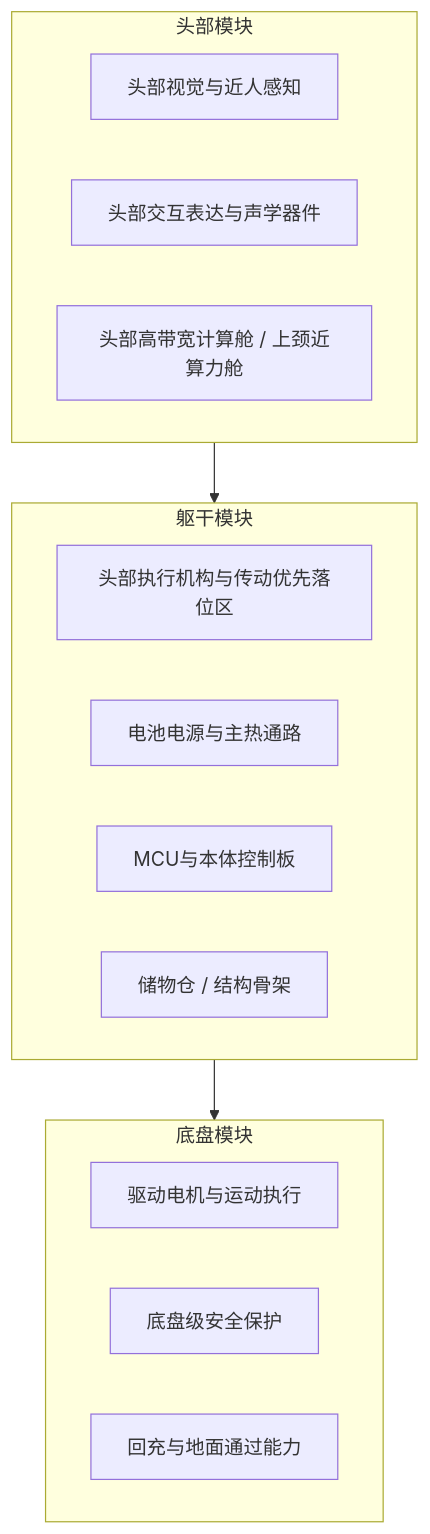
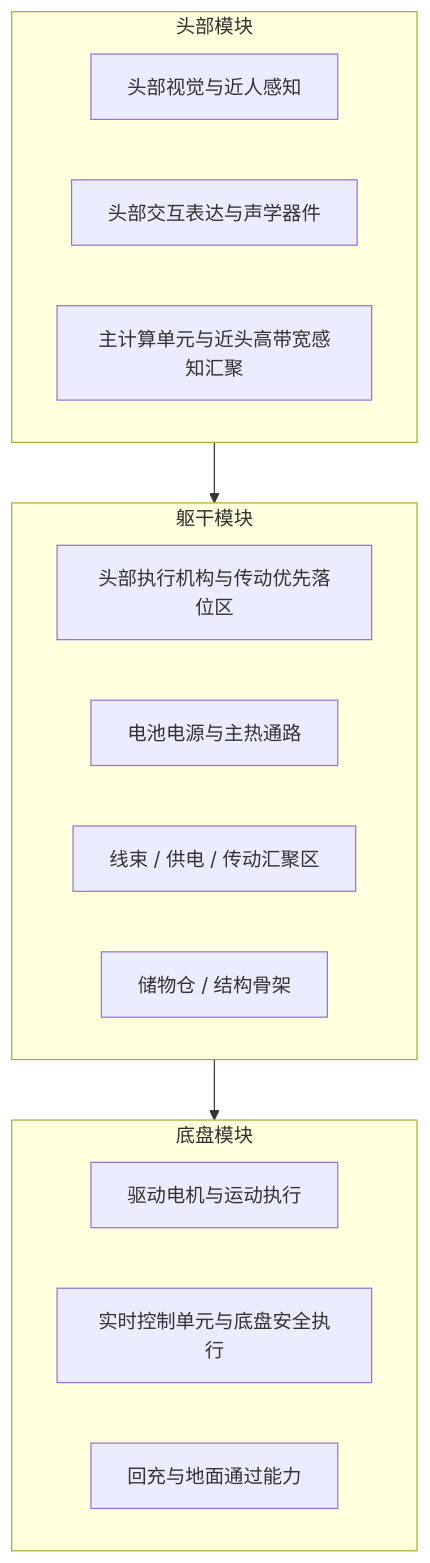
One commit to hlm12348765/Kinbot_OODA changed the seventh of 13 diagrams in docs/02_p1_architecture/02_pdcp_system_architecture_review_package.md. Above: the diagram before and after it, drawn with Mermaid. The commit also changed other lines of this file and 39 other files, not shown here.

First line of the commit message:
docs(architecture): checkpoint family co-living phase baseline

````diff
--- a/docs/02_p1_architecture/02_pdcp_system_architecture_review_package.md
+++ b/docs/02_p1_architecture/02_pdcp_system_architecture_review_package.md
@@ -420,23 +421,23 @@
 ```mermaid
 flowchart TB
     subgraph HEAD[头部模块]
         H1[头部视觉与近人感知]
         H2[头部交互表达与声学器件]
-        H3[头部高带宽计算舱 / 上颈近算力舱]
+        H3[主计算单元与近头高带宽感知汇聚]
     end
 
     subgraph TORSO[躯干模块]
         T1[头部执行机构与传动优先落位区]
         T2[电池电源与主热通路]
-        T3[MCU与本体控制板]
+        T3[线束 / 供电 / 传动汇聚区]
         T4[储物仓 / 结构骨架]
     end
 
     subgraph CHASSIS[底盘模块]
         C1[驱动电机与运动执行]
-        C2[底盘级安全保护]
+        C2[实时控制单元与底盘安全执行]
         C3[回充与地面通过能力]
     end
 
     HEAD --> TORSO --> CHASSIS
 ```
````
